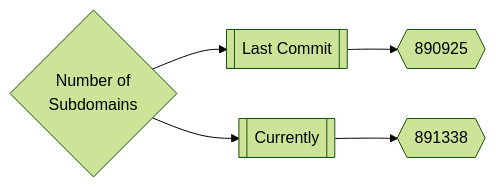
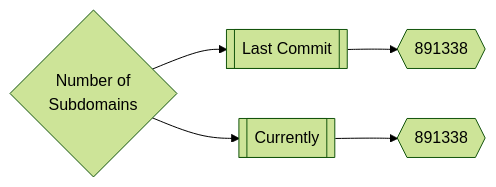
One commit to trickest/inventory changed the first of 3 diagrams in README.md. Above: the diagram before and after it, drawn with Mermaid (forest theme).

Commit message:
Update README.md Wed Jun 22 20:40:06 UTC 2022

````diff
--- a/README.md
+++ b/README.md
@@ -167,5 +167,5 @@
 ```mermaid
 graph LR
-title{Number of<br>Subdomains} --> subdomainsDate1[[Last Commit]] --> subdomainsNum1{{890925}}
+title{Number of<br>Subdomains} --> subdomainsDate1[[Last Commit]] --> subdomainsNum1{{891338}}
 title --> subdomainsDate2[[Currently]] --> subdomainsNum2{{891338}}
 ```
````
